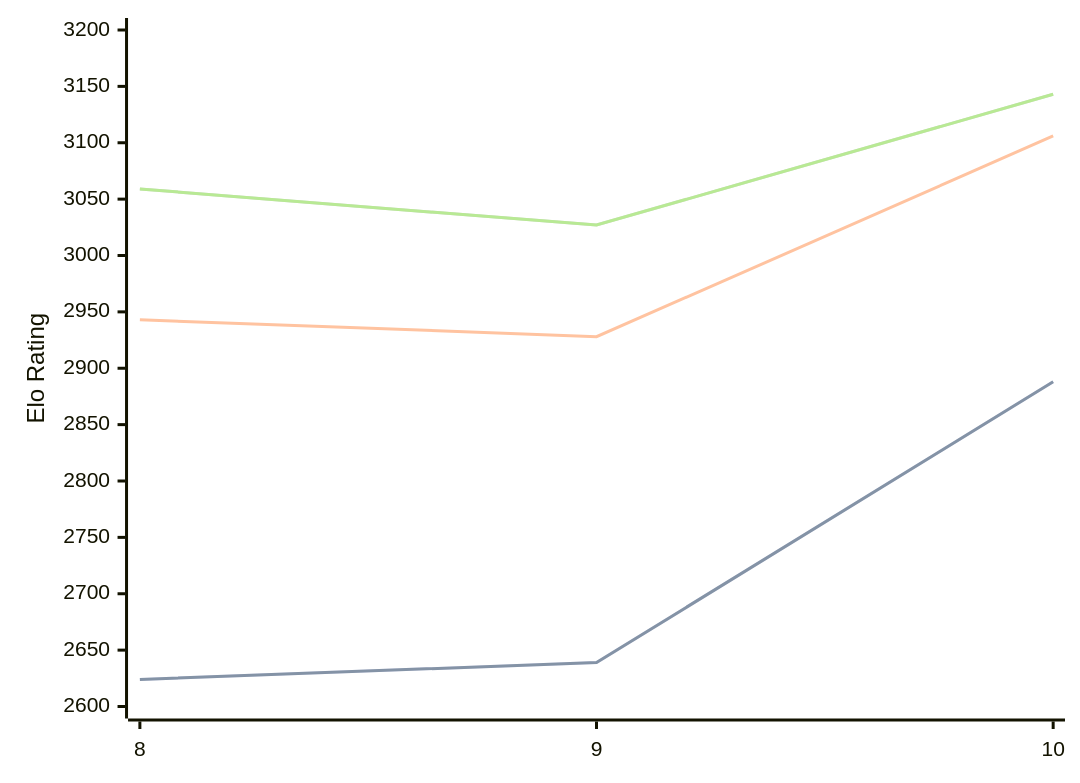
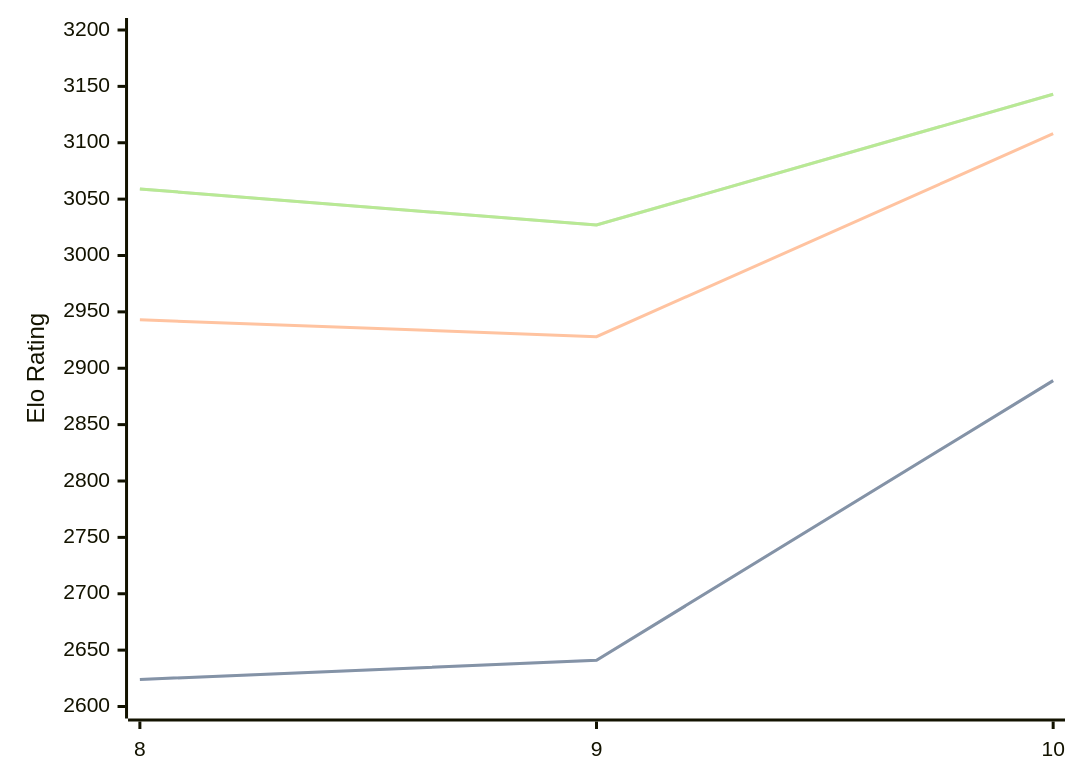
One commit to computer-chess-index/cci changed the diagram in engines/Lozza.md. Above: the diagram before and after it, drawn with Mermaid. The commit also changed other lines of this file, not shown here.

Commit message:
Update CCI Ratings (ELO VLTC) - 2026-04-09

````diff
--- a/engines/Lozza.md
+++ b/engines/Lozza.md
@@ -41,11 +41,11 @@
 ```mermaid
 %%{init: {"theme":"base","themeVariables":{"seriesColors:['#a3a3a3','#222221','#faa371']}}}%%
 xychart-beta
   x-axis ["8", "9", "10"]
   y-axis "Elo Rating" 2600 --> 3200
-  line "STC (8.0+0.08s)" [2624, 2639, 2888]
-  line "STC (8.0+0.08s)" [2624, 2639, 2888]
-  line "LTC (60.0+0.60s)" [2943, 2928, 3106]
+  line "STC (8.0+0.08s)" [2624, 2641, 2889]
+  line "STC (8.0+0.08s)" [2624, 2641, 2889]
+  line "LTC (60.0+0.60s)" [2943, 2928, 3108]
   line "VLTC (2m24s+1.12s)" [3059, 3027, 3143]
   line "VLTC (2m24s+1.12s)" [3059, 3027, 3143]
 ```
````
